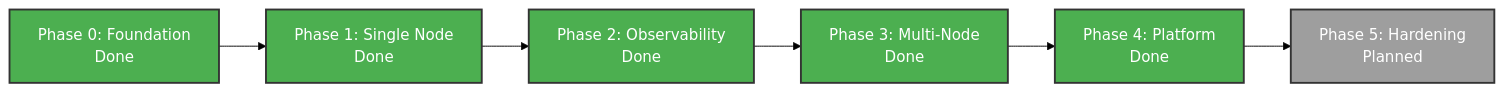
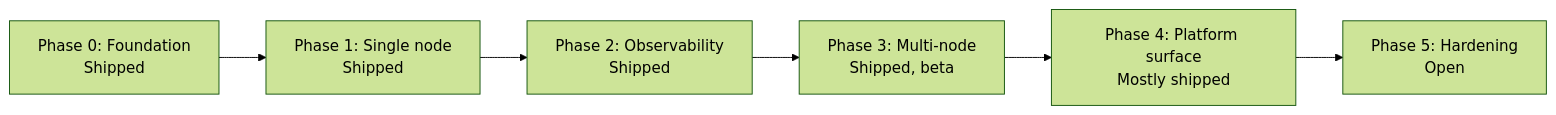
The diagram in docs/roadmap.md (glincker/levelrail), drawn with Mermaid (forest theme) before and after one commit. The commit also changed other lines of this file and 96 other files, not shown here.

````diff
--- a/docs/roadmap.md
+++ b/docs/roadmap.md
@@ -16,15 +16,8 @@
 ```mermaid
 flowchart LR
-  P0["Phase 0: Foundation<br/>Done"] --> P1["Phase 1: Single Node<br/>Done"]
-  P1 --> P2["Phase 2: Observability<br/>Done"]
-  P2 --> P3["Phase 3: Multi-Node<br/>Done"]
-  P3 --> P4["Phase 4: Platform<br/>Done"]
-  P4 --> P5["Phase 5: Hardening<br/>Planned"]
-  
-  style P0 fill:#4CAF50,color:#fff,stroke:#333,stroke-width:2px
-  style P1 fill:#4CAF50,color:#fff,stroke:#333,stroke-width:2px
-  style P2 fill:#4CAF50,color:#fff,stroke:#333,stroke-width:2px
-  style P3 fill:#4CAF50,color:#fff,stroke:#333,stroke-width:2px
-  style P4 fill:#4CAF50,color:#fff,stroke:#333,stroke-width:2px
-  style P5 fill:#9E9E9E,color:#fff,stroke:#333,stroke-width:2px
+  P0["Phase 0: Foundation<br/>Shipped"] --> P1["Phase 1: Single node<br/>Shipped"]
+  P1 --> P2["Phase 2: Observability<br/>Shipped"]
+  P2 --> P3["Phase 3: Multi-node<br/>Shipped, beta"]
+  P3 --> P4["Phase 4: Platform surface<br/>Mostly shipped"]
+  P4 --> P5["Phase 5: Hardening<br/>Open"]
 ```
````
